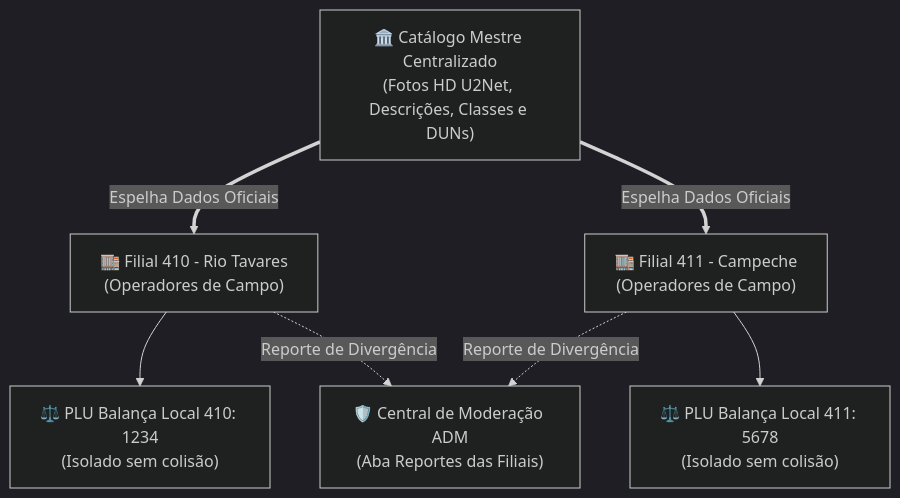
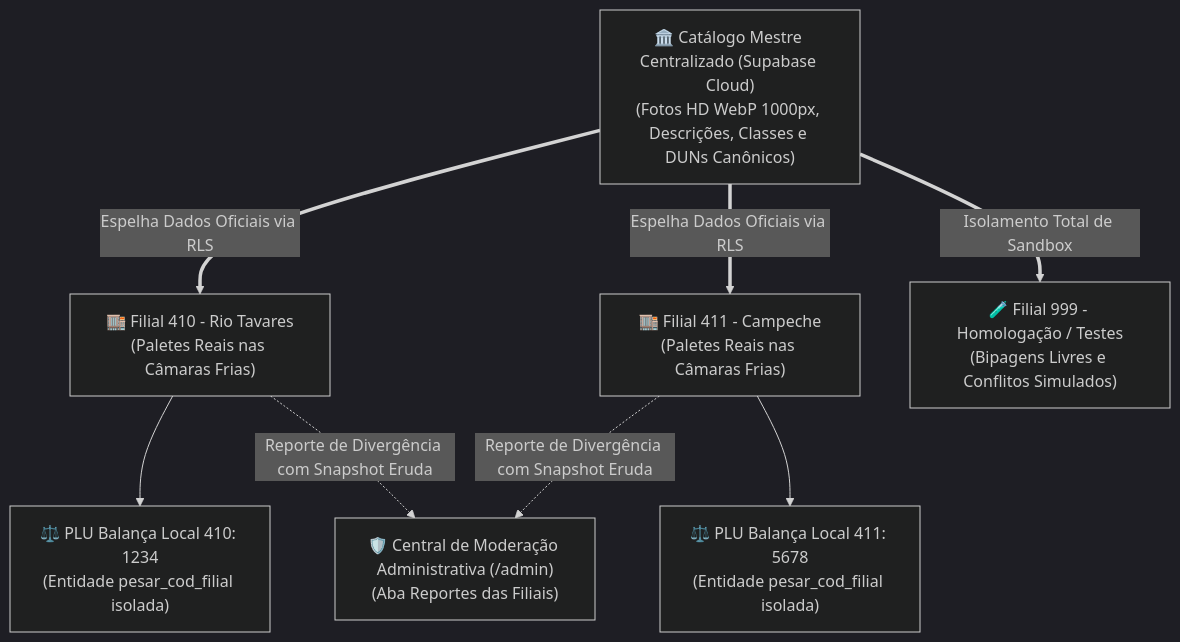
Before and after one commit to NaejBarbosa/paletscan-etl: the first of 5 diagrams in docs/pwa-filiais-catalogo.md, drawn with Mermaid (dark theme). The commit also changed other lines of this file and 5 other files, not shown here.

Commit message:
docs(pwa): atualizar documentação com RLS Supabase, restrição de marcas, RBAC multi-filial e diagramas verticais

````diff
--- a/docs/pwa-filiais-catalogo.md
+++ b/docs/pwa-filiais-catalogo.md
@@ -11,13 +11,14 @@
 ```mermaid
 flowchart TD
-    CAT_MESTRE["🏛️ Catálogo Mestre Centralizado\n(Fotos HD U2Net, Descrições, Classes e DUNs)"]
+    CAT_MESTRE["🏛️ Catálogo Mestre Centralizado (Supabase Cloud)\n(Fotos HD WebP 1000px, Descrições, Classes e DUNs Canônicos)"]
     
-    CAT_MESTRE ==>|Espelha Dados Oficiais| L410["🏬 Filial 410 - Rio Tavares\n(Operadores de Campo)"]
-    CAT_MESTRE ==>|Espelha Dados Oficiais| L411["🏬 Filial 411 - Campeche\n(Operadores de Campo)"]
+    CAT_MESTRE ==>|Espelha Dados Oficiais via RLS| L410["🏬 Filial 410 - Rio Tavares\n(Paletes Reais nas Câmaras Frias)"]
+    CAT_MESTRE ==>|Espelha Dados Oficiais via RLS| L411["🏬 Filial 411 - Campeche\n(Paletes Reais nas Câmaras Frias)"]
+    CAT_MESTRE ==>|Isolamento Total de Sandbox| F999["🧪 Filial 999 - Homologação / Testes\n(Bipagens Livres e Conflitos Simulados)"]
 
-    L410 --> BAL410["⚖️ PLU Balança Local 410: 1234\n(Isolado sem colisão)"]
-    L411 --> BAL411["⚖️ PLU Balança Local 411: 5678\n(Isolado sem colisão)"]
+    L410 --> BAL410["⚖️ PLU Balança Local 410: 1234\n(Entidade pesar_cod_filial isolada)"]
+    L411 --> BAL411["⚖️ PLU Balança Local 411: 5678\n(Entidade pesar_cod_filial isolada)"]
 
-    L410 -.->|Reporte de Divergência| MOD["🛡️ Central de Moderação ADM\n(Aba Reportes das Filiais)"]
-    L411 -.->|Reporte de Divergência| MOD
+    L410 -.->|Reporte de Divergência com Snapshot Eruda| MOD["🛡️ Central de Moderação Administrativa (/admin)\n(Aba Reportes das Filiais)"]
+    L411 -.->|Reporte de Divergência com Snapshot Eruda| MOD
 ```
````
